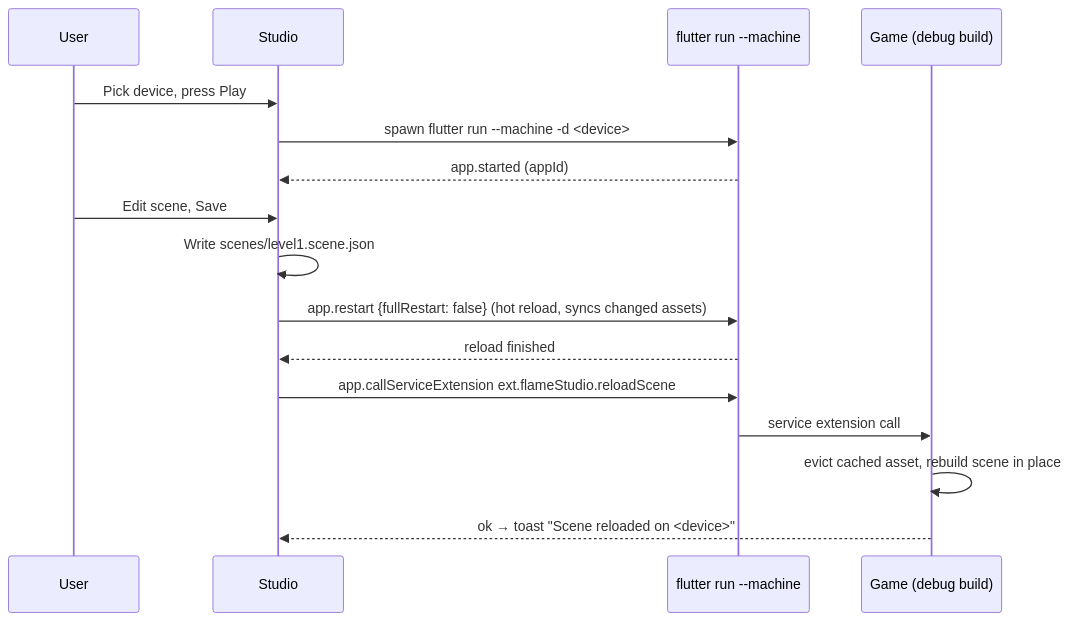
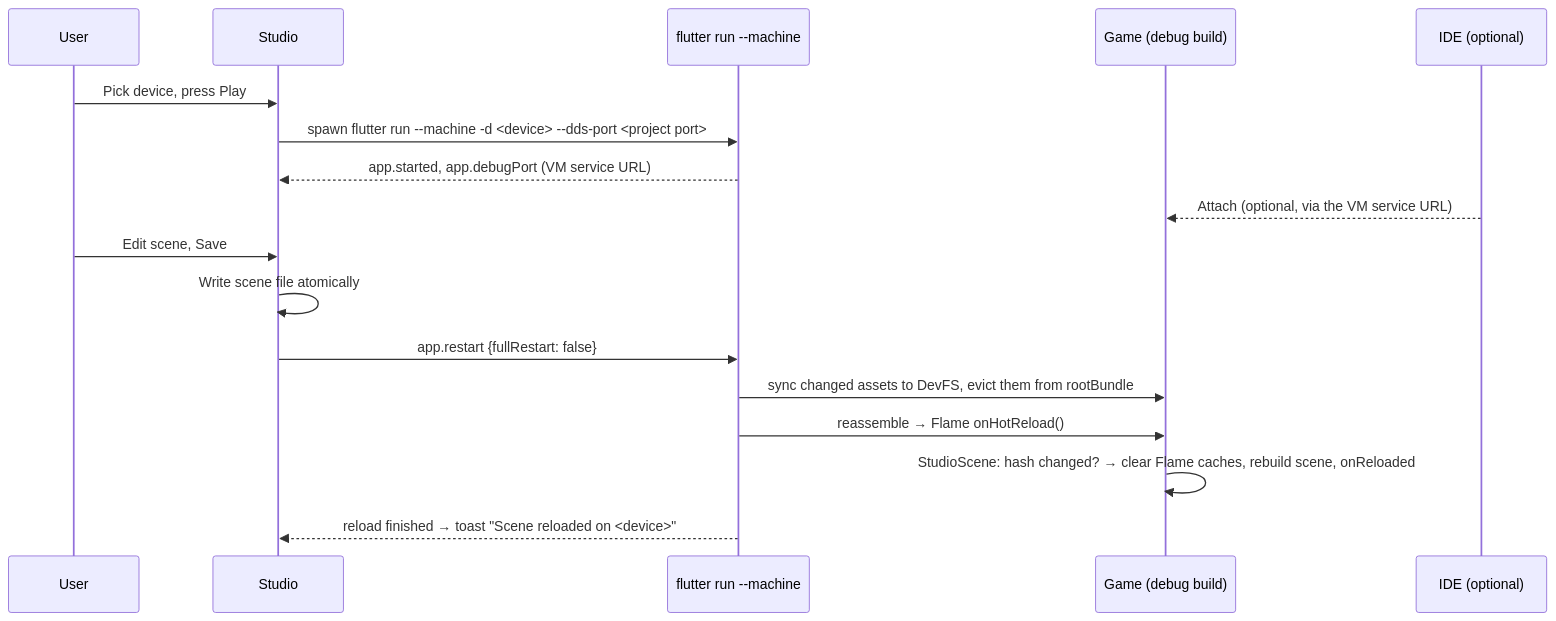
Before and after one commit to salah-rashad/flame_studio: the second of 2 diagrams in docs/project-plan.md, drawn with Mermaid. The commit also changed other lines of this file and 6 other files, not shown here.

````diff
--- a/docs/project-plan.md
+++ b/docs/project-plan.md
@@ -496,19 +605,20 @@
 ```mermaid
 sequenceDiagram
   participant U as User
   participant S as Studio
   participant F as flutter run --machine
   participant G as Game (debug build)
+  participant I as IDE (optional)
 
   U->>S: Pick device, press Play
-  S->>F: spawn flutter run --machine -d <device>
-  F-->>S: app.started (appId)
+  S->>F: spawn flutter run --machine -d <device> --dds-port <project port>
+  F-->>S: app.started, app.debugPort (VM service URL)
+  I-->>G: Attach (optional, via the VM service URL)
   U->>S: Edit scene, Save
-  S->>S: Write scenes/level1.scene.json
-  S->>F: app.restart {fullRestart: false} (hot reload, syncs changed assets)
-  F-->>S: reload finished
-  S->>F: app.callServiceExtension ext.flameStudio.reloadScene
-  F->>G: service extension call
-  G->>G: evict cached asset, rebuild scene in place
-  G-->>S: ok → toast "Scene reloaded on <device>"
+  S->>S: Write scene file atomically
+  S->>F: app.restart {fullRestart: false}
+  F->>G: sync changed assets to DevFS, evict them from rootBundle
+  F->>G: reassemble → Flame onHotReload()
+  G->>G: StudioScene: hash changed? → clear Flame caches, rebuild scene, onReloaded
+  F-->>S: reload finished → toast "Scene reloaded on <device>"
 ```
````
